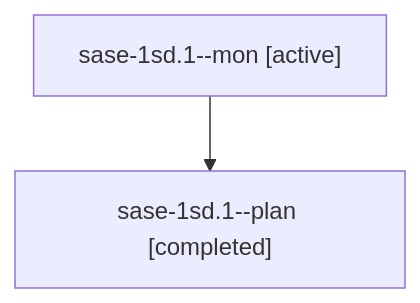
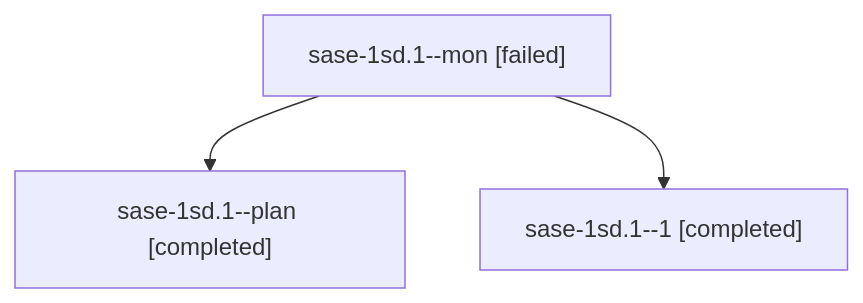
One commit to sase-org/sase--agents changed the diagram in sessions/bbugyi200.athena.sase-1sd.1.md. Above: the diagram before and after it, drawn with Mermaid. The commit also changed other lines of this file and 43 other files, not shown here.

````diff
--- a/sessions/bbugyi200.athena.sase-1sd.1.md
+++ b/sessions/bbugyi200.athena.sase-1sd.1.md
@@ -9,6 +9,8 @@
 ```mermaid
 flowchart TD
-  n0["sase-1sd.1--mon [active]"]
+  n0["sase-1sd.1--mon [failed]"]
   n1["sase-1sd.1--plan [completed]"]
   n0 --> n1
+  n2["sase-1sd.1--1 [completed]"]
+  n0 --> n2
 ```
````
